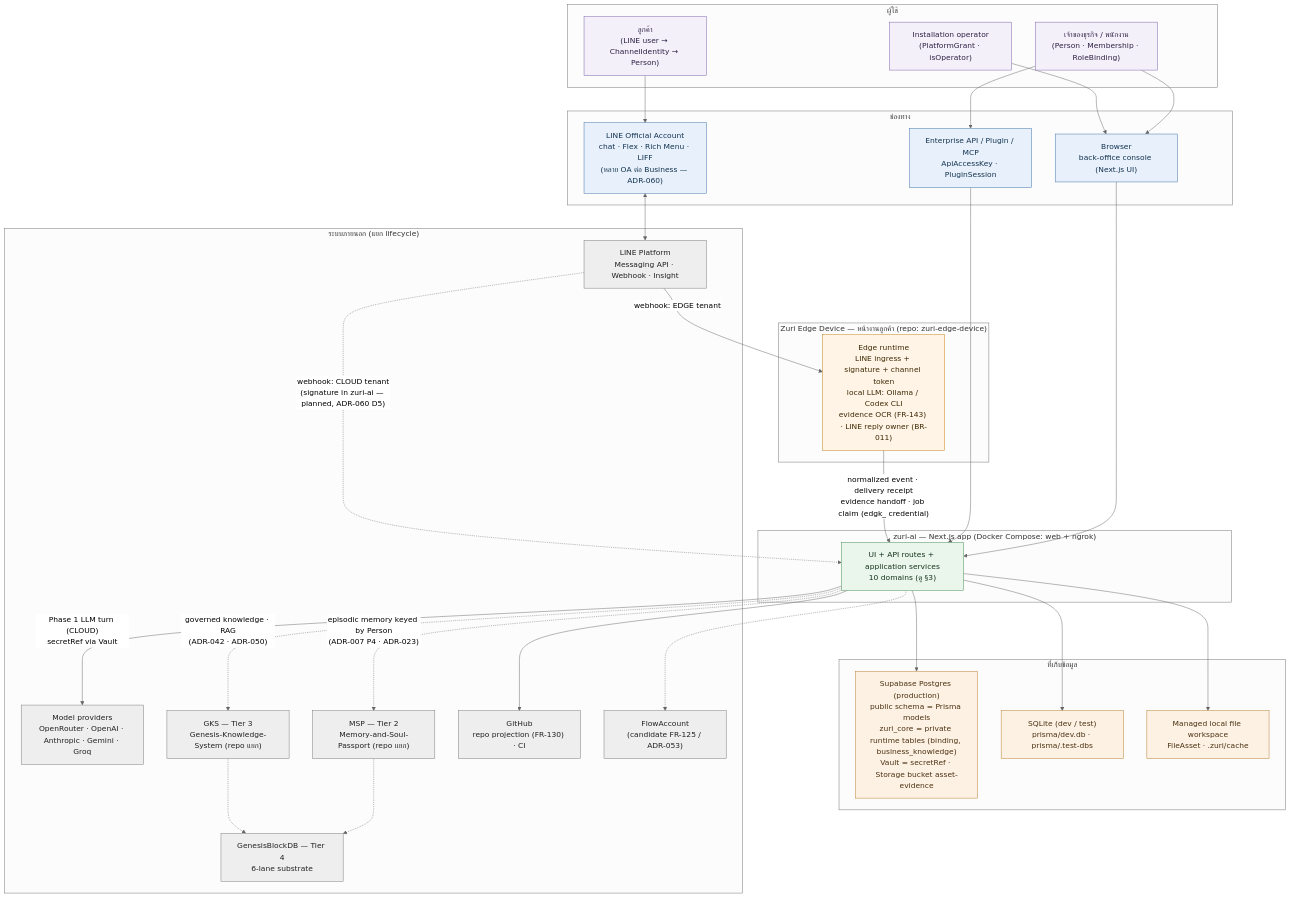
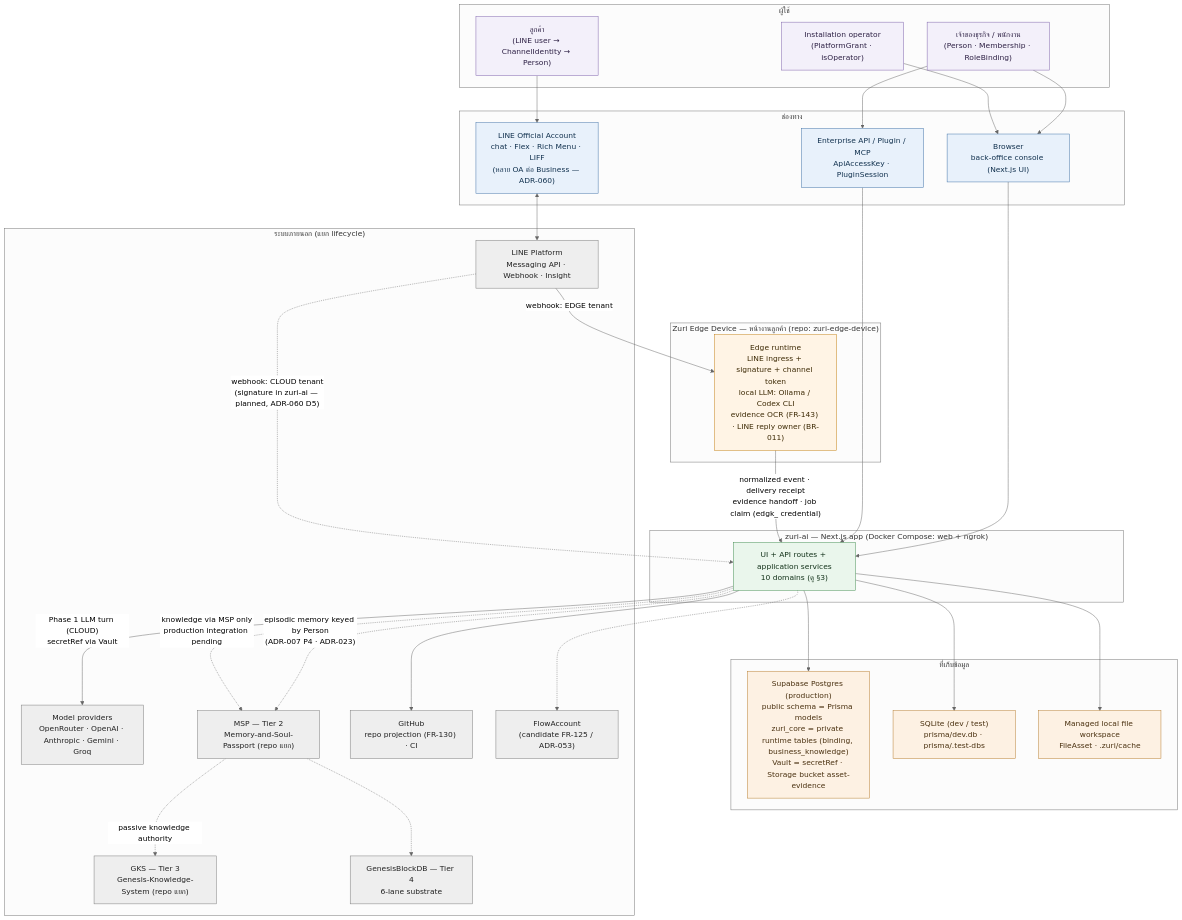
The first of 7 diagrams in docs/SYSTEM-DIAGRAM.md (Freshair129/zuri.ai), drawn with Mermaid (neutral theme) before and after one commit. The commit also changed other lines of this file and 34 other files, not shown here.

````diff
--- a/docs/SYSTEM-DIAGRAM.md
+++ b/docs/SYSTEM-DIAGRAM.md
@@ -22,70 +23,70 @@
 ```mermaid
 flowchart TB
   subgraph ACTORS["ผู้ใช้"]
     OWNER["เจ้าของธุรกิจ / พนักงาน<br/>(Person · Membership · RoleBinding)"]
     CUST["ลูกค้า<br/>(LINE user → ChannelIdentity → Person)"]
     OPER["Installation operator<br/>(PlatformGrant · isOperator)"]
   end
 
   subgraph CHANNELS["ช่องทาง"]
     LINEOA["LINE Official Account<br/>chat · Flex · Rich Menu · LIFF<br/>(หลาย OA ต่อ Business — ADR-060)"]
     BROWSER["Browser<br/>back-office console (Next.js UI)"]
     API["Enterprise API / Plugin / MCP<br/>ApiAccessKey · PluginSession"]
   end
 
   subgraph EDGE["Zuri Edge Device — หน้างานลูกค้า (repo: zuri-edge-device)"]
     EDGERT["Edge runtime<br/>LINE ingress + signature + channel token<br/>local LLM: Ollama / Codex CLI<br/>evidence OCR (FR-143) · LINE reply owner (BR-011)"]
   end
 
   subgraph CLOUD["zuri-ai — Next.js app (Docker Compose: web + ngrok)"]
     APP["UI + API routes + application services<br/>10 domains (ดู §3)"]
   end
 
   subgraph STORES["ที่เก็บข้อมูล"]
     PG["Supabase Postgres (production)<br/>public schema = Prisma models<br/>zuri_core = private runtime tables (binding, business_knowledge)<br/>Vault = secretRef · Storage bucket asset-evidence"]
     SQLITE["SQLite (dev / test)<br/>prisma/dev.db · prisma/.test-dbs"]
     FILES["Managed local file workspace<br/>FileAsset · .zuri/cache"]
   end
 
   subgraph EXT["ระบบภายนอก (แยก lifecycle)"]
     LINEP["LINE Platform<br/>Messaging API · Webhook · Insight"]
     MODELS["Model providers<br/>OpenRouter · OpenAI · Anthropic · Gemini · Groq"]
     MSP["MSP — Tier 2<br/>Memory-and-Soul-Passport (repo แยก)"]
     GKS["GKS — Tier 3<br/>Genesis-Knowledge-System (repo แยก)"]
     GBDB["GenesisBlockDB — Tier 4<br/>6-lane substrate"]
     GH["GitHub<br/>repo projection (FR-130) · CI"]
     FA["FlowAccount<br/>(candidate FR-125 / ADR-053)"]
   end
 
   OWNER --> BROWSER --> APP
   OWNER --> API --> APP
   OPER --> BROWSER
   CUST --> LINEOA
   LINEOA <--> LINEP
   LINEP -->|"webhook: EDGE tenant"| EDGERT
   LINEP -.->|"webhook: CLOUD tenant<br/>(signature in zuri-ai — planned, ADR-060 D5)"| APP
   EDGERT -->|"normalized event · delivery receipt<br/>evidence handoff · job claim (edgk_ credential)"| APP
   APP --> PG
   APP --> SQLITE
   APP --> FILES
   APP -->|"Phase 1 LLM turn (CLOUD)<br/>secretRef via Vault"| MODELS
   APP -.->|"episodic memory keyed by Person<br/>(ADR-007 P4 · ADR-023)"| MSP
-  APP -.->|"governed knowledge · RAG<br/>(ADR-042 · ADR-050)"| GKS
+  APP -.->|"knowledge via MSP only<br/>production integration pending"| MSP
   MSP -.-> GBDB
-  GKS -.-> GBDB
+  MSP -.->|"passive knowledge authority"| GKS
   APP --> GH
   APP -.-> FA
 
   classDef actor fill:#f3f0fa,stroke:#7a5ea8,color:#2e2145
   classDef chan fill:#e8f1fb,stroke:#3b6ea5,color:#12324f
   classDef app fill:#eaf6ec,stroke:#3f8a4d,color:#14331b
   classDef store fill:#fdf1e3,stroke:#b57a2a,color:#4a3110
   classDef ext fill:#eeeeee,stroke:#777,color:#222
   classDef edge fill:#fff4e5,stroke:#c27c0e,color:#3d2a05
   class OWNER,CUST,OPER actor
   class LINEOA,BROWSER,API chan
   class APP app
   class PG,SQLITE,FILES store
   class LINEP,MODELS,MSP,GKS,GBDB,GH,FA ext
   class EDGERT edge
 ```
````
